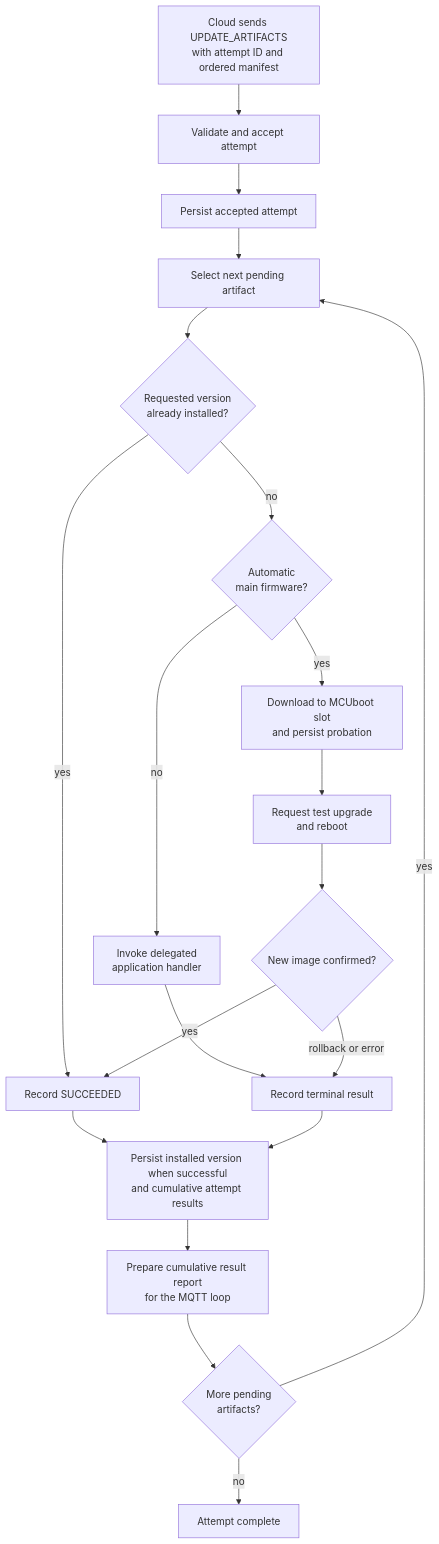
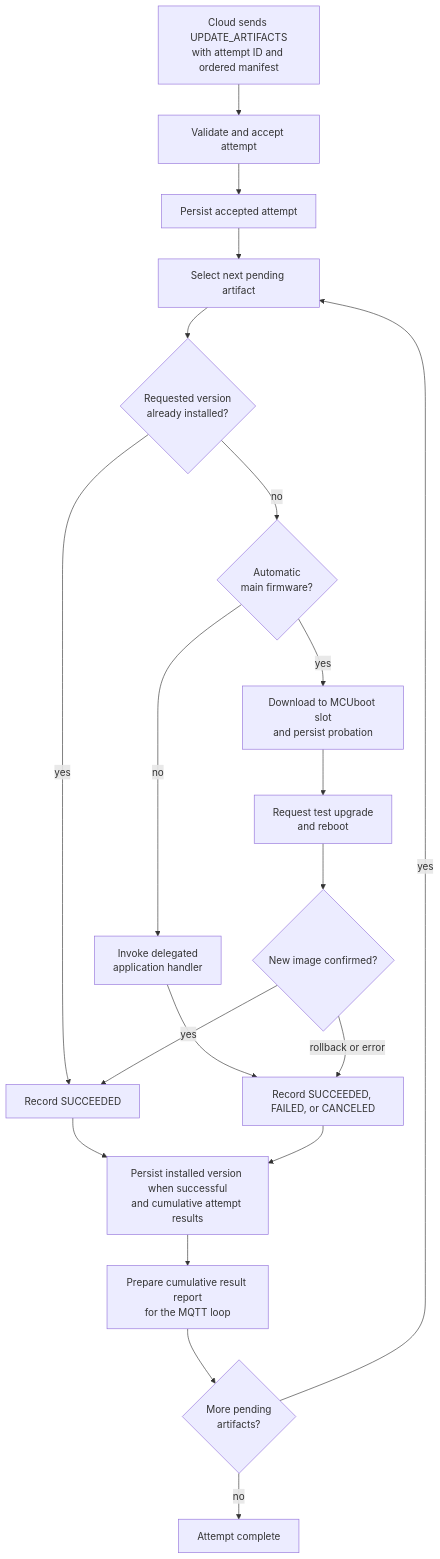
Before and after one commit to spotflow-io/device-sdk: the first of 11 diagrams in zephyr/docs/ota.md, drawn with Mermaid.

Commit message:
Simplify OTA workflow diagram

````diff
--- a/zephyr/docs/ota.md
+++ b/zephyr/docs/ota.md
@@ -72,30 +72,30 @@
 ```mermaid
 flowchart TD
     cloud["Cloud sends UPDATE_ARTIFACTS<br/>with attempt ID and ordered manifest"]
     accept["Validate and accept attempt"]
     persistAttempt["Persist accepted attempt"]
     next["Select next pending artifact"]
     installed{"Requested version<br/>already installed?"}
     kind{"Automatic<br/>main firmware?"}
     skip["Record SUCCEEDED"]
     delegated["Invoke delegated<br/>application handler"]
     main["Download to MCUboot slot<br/>and persist probation"]
     reboot["Request test upgrade<br/>and reboot"]
     resolve{"New image confirmed?"}
-    result["Record terminal result"]
+    result["Record SUCCEEDED, FAILED, or CANCELED"]
     persistResult["Persist installed version when successful<br/>and cumulative attempt results"]
     report["Prepare cumulative result report<br/>for the MQTT loop"]
     more{"More pending<br/>artifacts?"}
 
     cloud --> accept --> persistAttempt --> next
     next --> installed
     installed -- yes --> skip --> persistResult
     installed -- no --> kind
     kind -- no --> delegated --> result --> persistResult
     kind -- yes --> main --> reboot --> resolve
     resolve -- yes --> skip
     resolve -- rollback or error --> result
     persistResult --> report --> more
     more -- yes --> next
     more -- no --> done["Attempt complete"]
 ```
````
